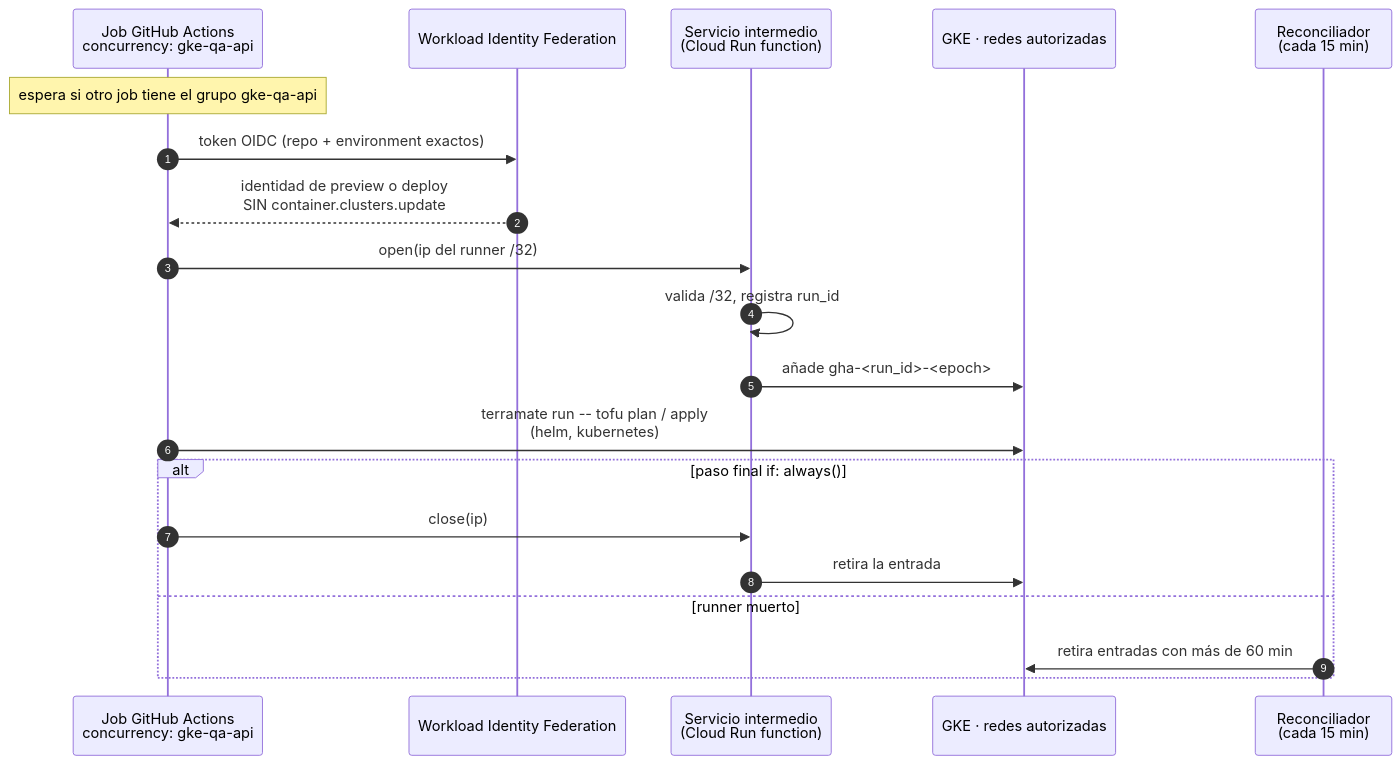
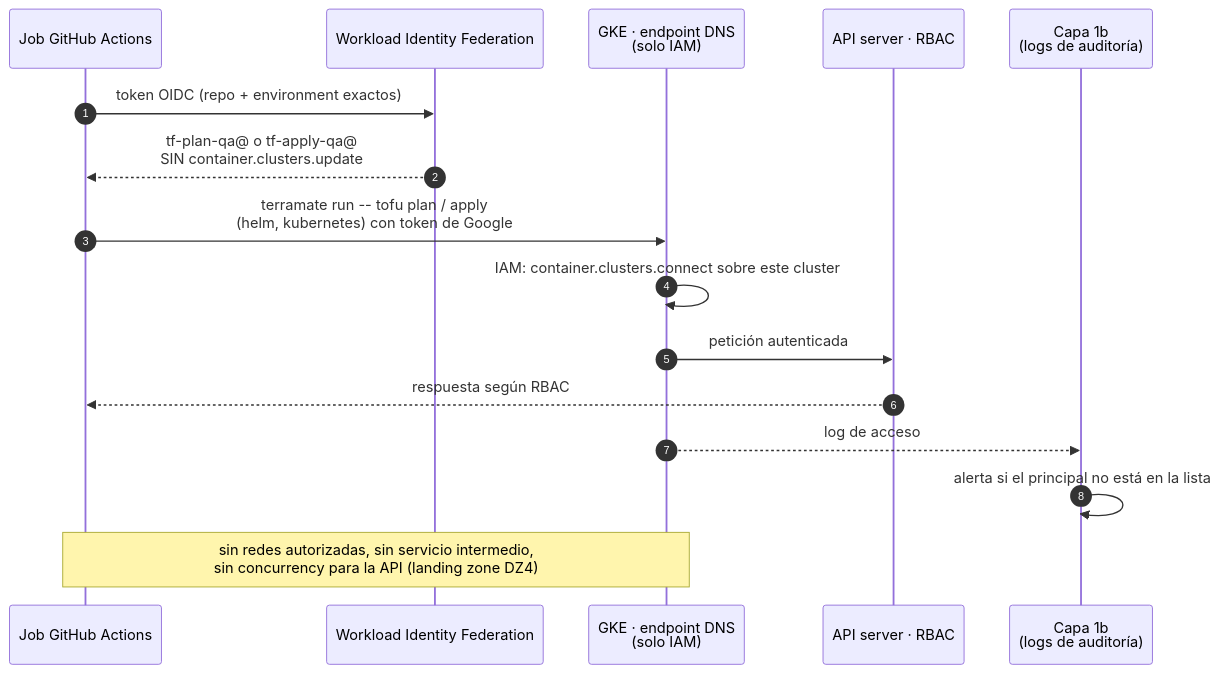
The diagram in docs/es/proposals/sonarqube-qa/diagrams/10-acceso-runner.mmd (aescanero/proposal_documents), drawn with Mermaid before and after one commit. The commit also changed 50 other files, not shown here.

```diff
--- a/docs/es/proposals/sonarqube-qa/diagrams/10-acceso-runner.mmd
+++ b/docs/es/proposals/sonarqube-qa/diagrams/10-acceso-runner.mmd
@@ -1,21 +1,17 @@
 sequenceDiagram
     autonumber
-    participant GHA as Job GitHub Actions<br/>concurrency: gke-qa-api
+    participant GHA as Job GitHub Actions
     participant WIF as Workload Identity Federation
-    participant BRK as Servicio intermedio<br/>(Cloud Run function)
-    participant GKE as GKE · redes autorizadas
-    participant REC as Reconciliador<br/>(cada 15 min)
+    participant DNS as GKE · endpoint DNS<br/>(solo IAM)
+    participant K8S as API server · RBAC
+    participant AUD as Capa 1b<br/>(logs de auditoría)
 
-    Note over GHA: espera si otro job tiene el grupo gke-qa-api
     GHA->>WIF: token OIDC (repo + environment exactos)
-    WIF-->>GHA: identidad de preview o deploy<br/>SIN container.clusters.update
-    GHA->>BRK: open(ip del runner /32)
-    BRK->>BRK: valida /32, registra run_id
-    BRK->>GKE: añade gha-<run_id>-<epoch>
-    GHA->>GKE: terramate run -- tofu plan / apply<br/>(helm, kubernetes)
-    alt paso final if: always()
-        GHA->>BRK: close(ip)
-        BRK->>GKE: retira la entrada
-    else runner muerto
-        REC->>GKE: retira entradas con más de 60 min
-    end
+    WIF-->>GHA: tf-plan-qa@ o tf-apply-qa@<br/>SIN container.clusters.update
+    GHA->>DNS: terramate run -- tofu plan / apply<br/>(helm, kubernetes) con token de Google
+    DNS->>DNS: IAM: container.clusters.connect sobre este cluster
+    DNS->>K8S: petición autenticada
+    K8S-->>GHA: respuesta según RBAC
+    DNS-->>AUD: log de acceso
+    AUD->>AUD: alerta si el principal no está en la lista
+    Note over GHA,DNS: sin redes autorizadas, sin servicio intermedio,<br/>sin concurrency para la API (landing zone DZ4)
```
